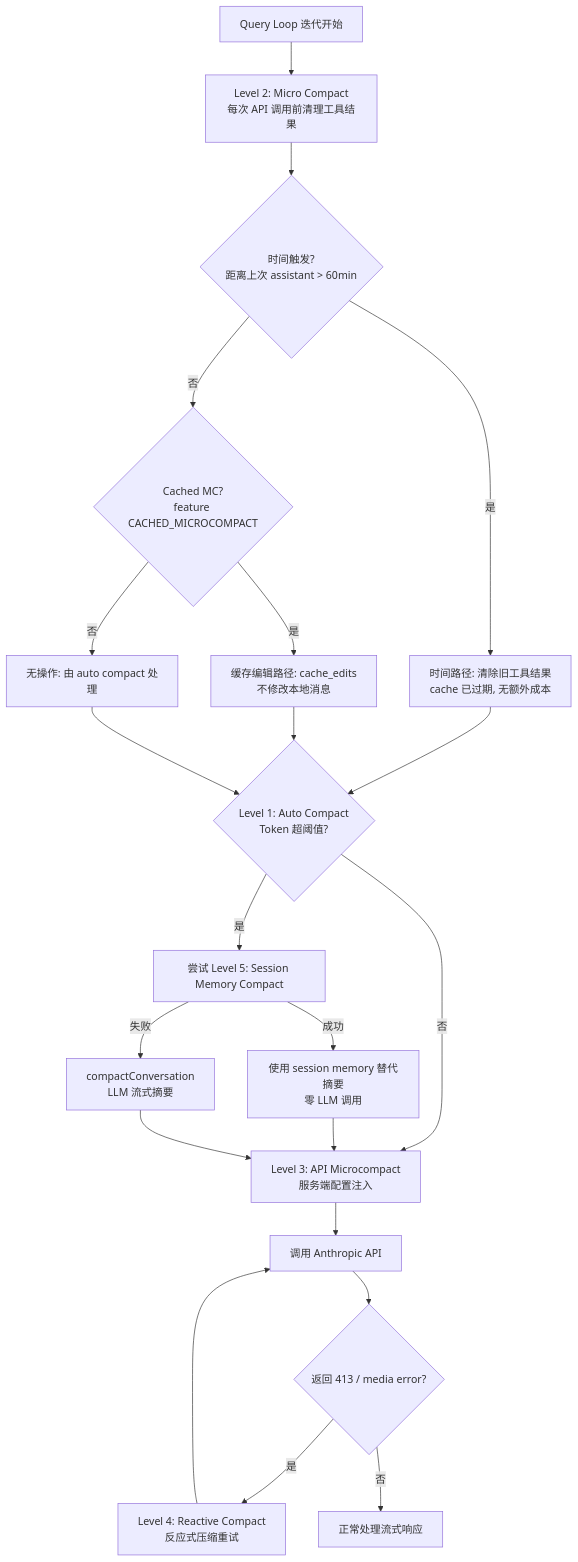
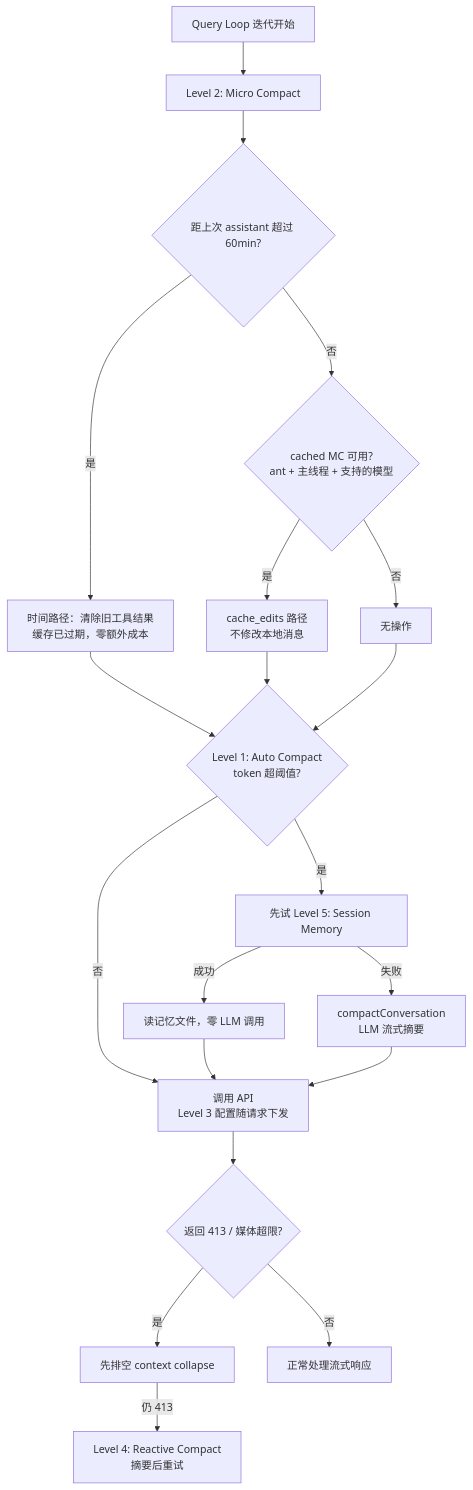
One commit to Shakl0ne/agentsrc changed the diagram in claudecode/04-compact.md. Above: the diagram before and after it, drawn with Mermaid. The commit also changed other lines of this file and 32 other files, not shown here.

Commit message:
docs(claudecode): restructure series to 8 chapters, rewrite ch3-ch8 with hand-drawn SVG diagrams

````diff
--- a/claudecode/04-compact.md
+++ b/claudecode/04-compact.md
@@ -43,23 +45,22 @@
 ```mermaid
 flowchart TD
-    A[Query Loop 迭代开始] --> B[Level 2: Micro Compact\n每次 API 调用前清理工具结果]
-    B --> B1{时间触发?\n距离上次 assistant > 60min}
-    B1 -- 是 --> B2[时间路径: 清除旧工具结果\ncache 已过期, 无额外成本]
-    B1 -- 否 --> B3{Cached MC?\nfeature CACHED_MICROCOMPACT}
-    B3 -- 是 --> B4[缓存编辑路径: cache_edits\n不修改本地消息]
-    B3 -- 否 --> B5[无操作: 由 auto compact 处理]
+    A["Query Loop 迭代开始"] --> B["Level 2: Micro Compact"]
+    B --> B1{"距上次 assistant 超过 60min?"}
+    B1 -->|"是"| B2["时间路径：清除旧工具结果<br/>缓存已过期，零额外成本"]
+    B1 -->|"否"| B3{"cached MC 可用?<br/>ant + 主线程 + 支持的模型"}
+    B3 -->|"是"| B4["cache_edits 路径<br/>不修改本地消息"]
+    B3 -->|"否"| B5["无操作"]
     B2 --> C
     B4 --> C
     B5 --> C
-    C{Level 1: Auto Compact\nToken 超阈值?} --> |是| D[尝试 Level 5: Session Memory Compact]
-    D --> |成功| E[使用 session memory 替代摘要\n零 LLM 调用]
-    D --> |失败| F[compactConversation\nLLM 流式摘要]
-    C --> |否| G[Level 3: API Microcompact\n服务端配置注入]
+    C{"Level 1: Auto Compact<br/>token 超阈值?"} -->|"是"| D["先试 Level 5: Session Memory"]
+    D -->|"成功"| E["读记忆文件，零 LLM 调用"]
+    D -->|"失败"| F["compactConversation<br/>LLM 流式摘要"]
+    C -->|"否"| G["调用 API<br/>Level 3 配置随请求下发"]
     E --> G
     F --> G
-    G --> H[调用 Anthropic API]
-    H --> I{返回 413 / media error?}
-    I --> |是| J[Level 4: Reactive Compact\n反应式压缩重试]
-    J --> H
-    I --> |否| K[正常处理流式响应]
+    G --> H{"返回 413 / 媒体超限?"}
+    H -->|"是"| I["先排空 context collapse"]
+    I -->|"仍 413"| J["Level 4: Reactive Compact<br/>摘要后重试"]
+    H -->|"否"| K["正常处理流式响应"]
 ```
````
